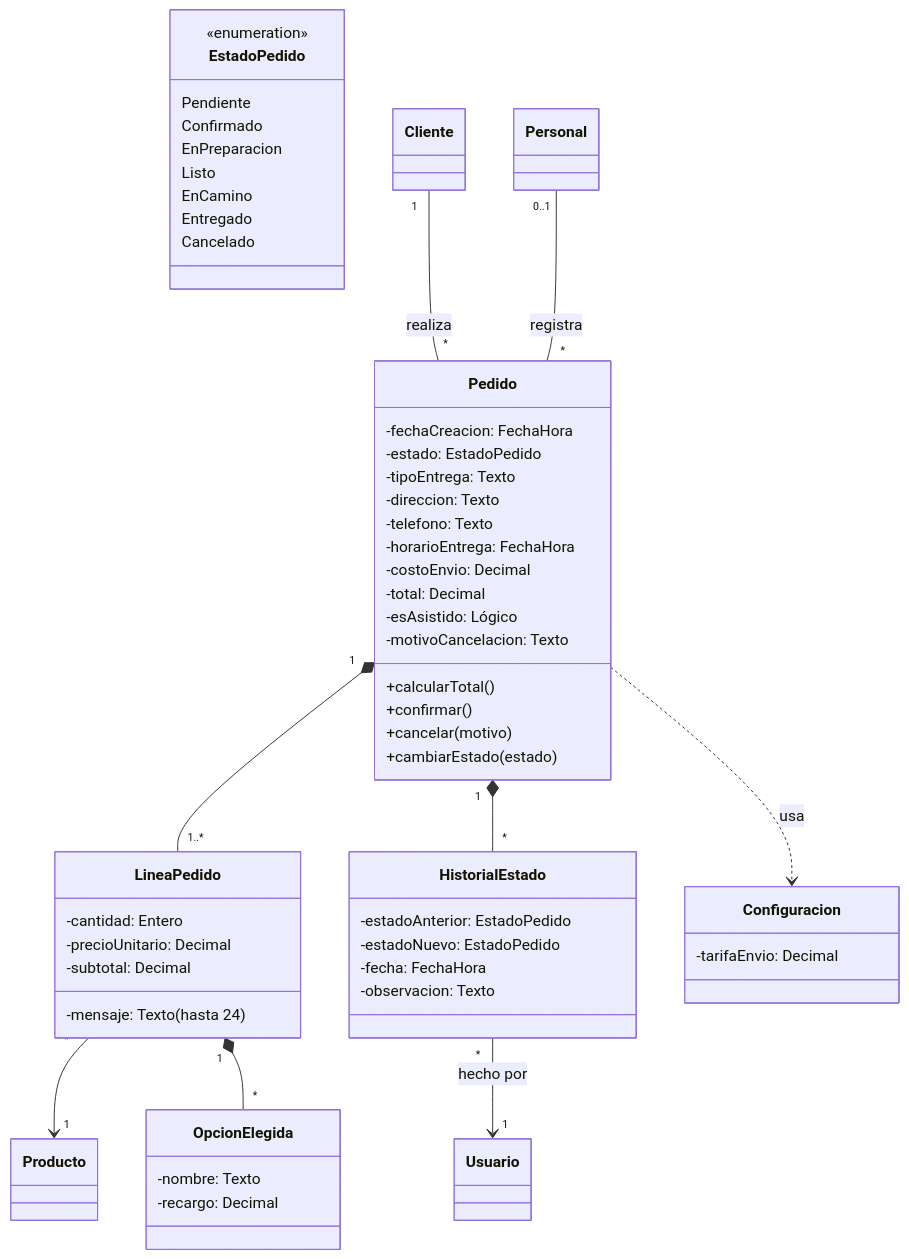
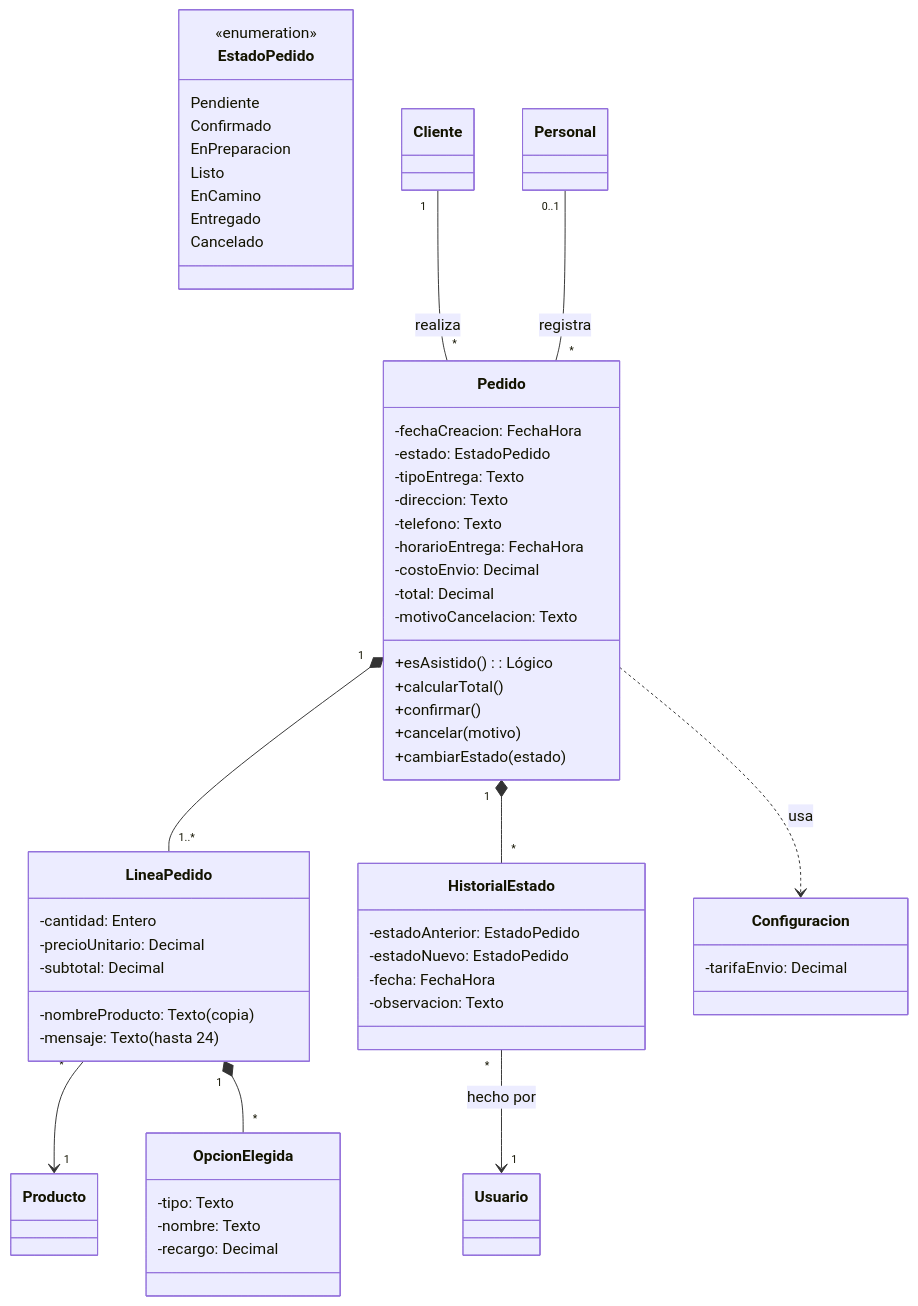
The sixth of 11 diagrams in docs/04-modelos-uml.md (Anton10-AR/DulcesAromas), drawn with Mermaid before and after one commit. The commit also changed other lines of this file, not shown here.

Commit message:
Modelos UML: ImagenProducto, Comprobante y QrMetodoPago en el diagrama de clases; atributos y componentes como en el código (RNF17)

````diff
--- a/docs/04-modelos-uml.md
+++ b/docs/04-modelos-uml.md
@@ -251,60 +256,62 @@
 ```mermaid
 classDiagram
   class Pedido {
     -fechaCreacion: FechaHora
     -estado: EstadoPedido
     -tipoEntrega: Texto
     -direccion: Texto
     -telefono: Texto
     -horarioEntrega: FechaHora
     -costoEnvio: Decimal
     -total: Decimal
-    -esAsistido: Lógico
     -motivoCancelacion: Texto
+    +esAsistido(): Lógico
     +calcularTotal()
     +confirmar()
     +cancelar(motivo)
     +cambiarEstado(estado)
   }
   class LineaPedido {
+    -nombreProducto: Texto (copia)
     -cantidad: Entero
     -precioUnitario: Decimal
     -mensaje: Texto (hasta 24)
     -subtotal: Decimal
   }
   class OpcionElegida {
+    -tipo: Texto
     -nombre: Texto
     -recargo: Decimal
   }
   class HistorialEstado {
     -estadoAnterior: EstadoPedido
     -estadoNuevo: EstadoPedido
     -fecha: FechaHora
     -observacion: Texto
   }
   class Configuracion {
     -tarifaEnvio: Decimal
   }
   class EstadoPedido {
     <<enumeration>>
     Pendiente
     Confirmado
     EnPreparacion
     Listo
     EnCamino
     Entregado
     Cancelado
   }
   class Cliente
   class Personal
   class Producto
   class Usuario
   Cliente "1" -- "*" Pedido : realiza
   Personal "0..1" -- "*" Pedido : registra
   Pedido "1" *-- "1..*" LineaPedido
   LineaPedido "*" --> "1" Producto
   LineaPedido "1" *-- "*" OpcionElegida
   Pedido "1" *-- "*" HistorialEstado
   HistorialEstado "*" --> "1" Usuario : hecho por
   Pedido ..> Configuracion : usa
 ```
````
